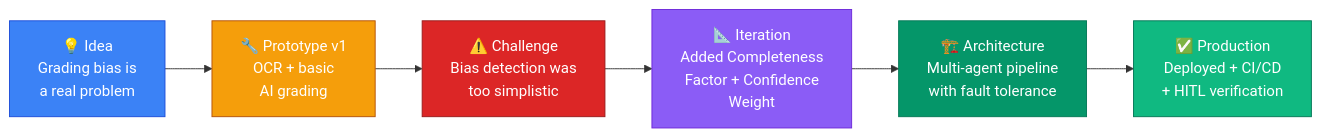
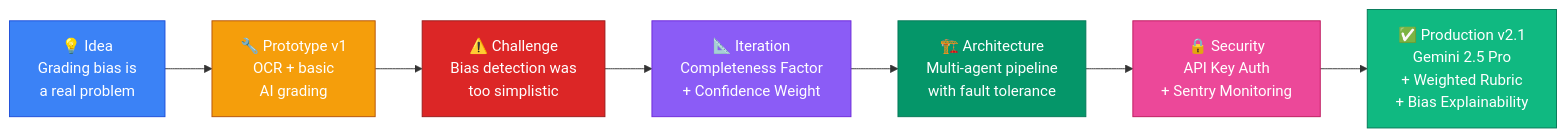
One commit to Yashasm18/Fair-Grade changed the second of 2 diagrams in README.md. Above: the diagram before and after it, drawn with Mermaid. The commit also changed other lines of this file, not shown here.

First line of the commit message:
docs: update README for v2.1 — Gemini 2.5 Pro, API auth, weighted rubric, Sentry, bias explainability

````diff
--- a/README.md
+++ b/README.md
@@ -321,15 +346,17 @@
 ```mermaid
 graph LR
     A["💡 Idea<br/>Grading bias is<br/>a real problem"] --> B["🔧 Prototype v1<br/>OCR + basic<br/>AI grading"]
     B --> C["⚠️ Challenge<br/>Bias detection was<br/>too simplistic"]
-    C --> D["📐 Iteration<br/>Added Completeness<br/>Factor + Confidence<br/>Weight"]
+    C --> D["📐 Iteration<br/>Completeness Factor<br/>+ Confidence Weight"]
     D --> E["🏗️ Architecture<br/>Multi-agent pipeline<br/>with fault tolerance"]
-    E --> F["✅ Production<br/>Deployed + CI/CD<br/>+ HITL verification"]
+    E --> F["🔒 Security<br/>API Key Auth<br/>+ Sentry Monitoring"]
+    F --> G["✅ Production v2.1<br/>Gemini 2.5 Pro<br/>+ Weighted Rubric<br/>+ Bias Explainability"]
 
     style A fill:#3b82f6,stroke:#1d4ed8,color:#fff
     style B fill:#f59e0b,stroke:#b45309,color:#fff
     style C fill:#dc2626,stroke:#991b1b,color:#fff
     style D fill:#8b5cf6,stroke:#6d28d9,color:#fff
     style E fill:#059669,stroke:#047857,color:#fff
-    style F fill:#10b981,stroke:#047857,color:#fff
+    style F fill:#ec4899,stroke:#be185d,color:#fff
+    style G fill:#10b981,stroke:#047857,color:#fff
 ```
````
